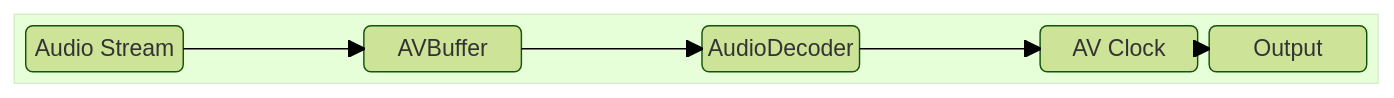
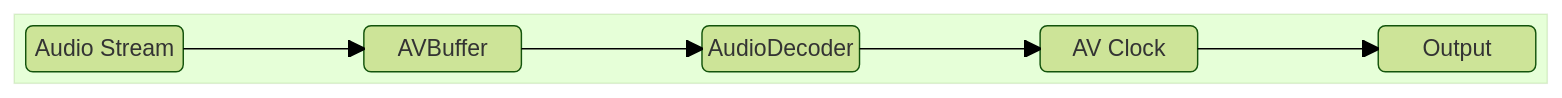
One commit to davidkoo-brcm/rdk-halif-aidl-test-avclock changed the third of 8 diagrams in docs/pages/avClock_High-Level-3_TestSpecification.md. Above: the diagram before and after it, drawn with Mermaid (forest theme). The commit also changed other lines of this file, not shown here.

````diff
--- a/docs/pages/avClock_High-Level-3_TestSpecification.md
+++ b/docs/pages/avClock_High-Level-3_TestSpecification.md
@@ -104,10 +104,10 @@
 ```mermaid
 block-beta
     block:1
-        AudioStream("Audio Stream") space AVBuffer("AVBuffer") space AudioDecoder("AudioDecoder") space AVClock("AV Clock")  Output("Output")
+        AudioStream("Audio Stream") space AVBuffer("AVBuffer") space AudioDecoder("AudioDecoder") space AVClock("AV Clock") space Output("Output")
         AudioStream --> AVBuffer
         AVBuffer --> AudioDecoder
         AudioDecoder --> AVClock
         AVClock --> Output
     end
 ```
````
